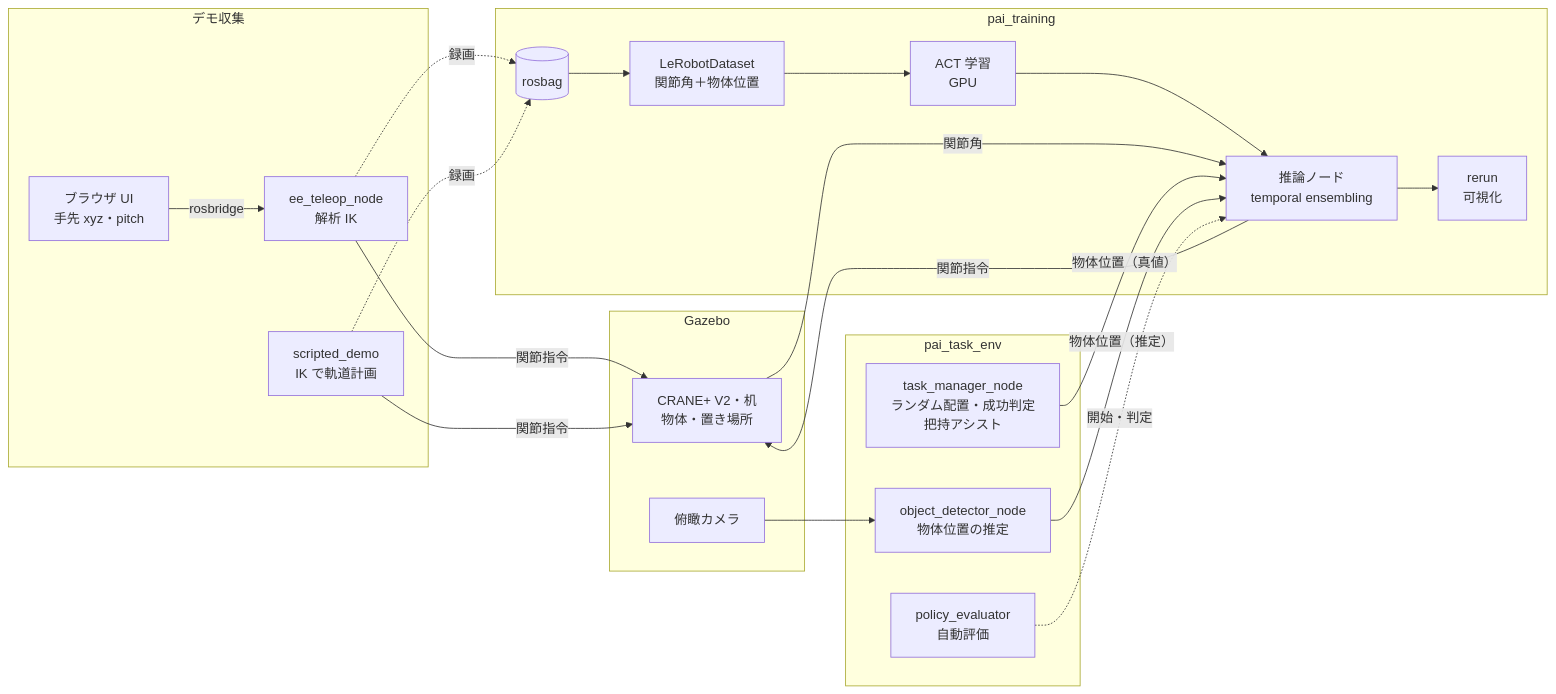
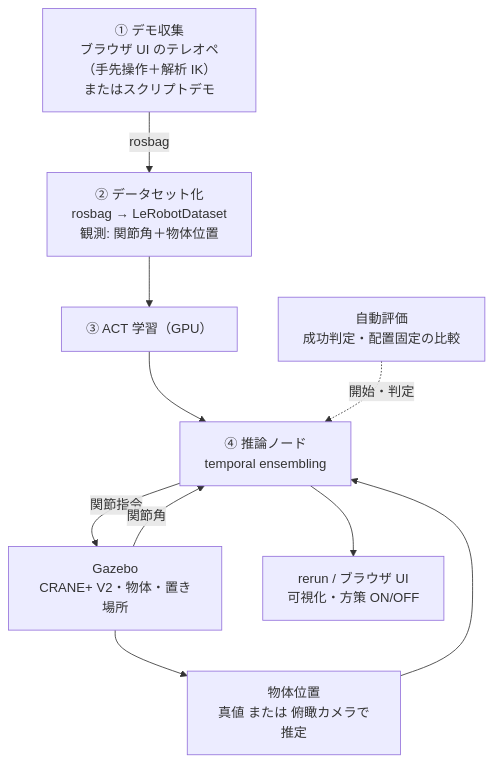
One commit to ryota0051/pai-final-task-pick-place changed the diagram in README.md. Above: the diagram before and after it, drawn with Mermaid.

Commit message:
README の構成図を縦向きの簡潔な図に変更

````diff
--- a/README.md
+++ b/README.md
@@ -30,30 +30,18 @@
 ```mermaid
-flowchart LR
-  subgraph collect["デモ収集"]
-    UI["ブラウザ UI<br>手先 xyz・pitch"] -- rosbridge --> TELEOP["ee_teleop_node<br>解析 IK"]
-    DEMO["scripted_demo<br>IK で軌道計画"]
-  end
-  subgraph sim["Gazebo"]
-    ROBOT["CRANE+ V2・机<br>物体・置き場所"]
-    CAM["俯瞰カメラ"]
-  end
-  subgraph task["pai_task_env"]
-    MGR["task_manager_node<br>ランダム配置・成功判定<br>把持アシスト"]
-    DET["object_detector_node<br>物体位置の推定"]
-    EVAL["policy_evaluator<br>自動評価"]
-  end
-  subgraph learn["pai_training"]
-    BAG[("rosbag")] --> CONV["LeRobotDataset<br>関節角＋物体位置"] --> TRAIN["ACT 学習<br>GPU"]
-    TRAIN --> INFER["推論ノード<br>temporal ensembling"]
-    INFER --> RERUN["rerun<br>可視化"]
-  end
-  TELEOP -- 関節指令 --> ROBOT
-  DEMO -- 関節指令 --> ROBOT
-  TELEOP -. 録画 .-> BAG
-  DEMO -. 録画 .-> BAG
-  ROBOT -- 関節角 --> INFER
-  MGR -- 物体位置（真値） --> INFER
-  CAM --> DET -- 物体位置（推定） --> INFER
-  INFER -- 関節指令 --> ROBOT
+flowchart TD
+  DEMO["① デモ収集<br>ブラウザ UI のテレオペ（手先操作＋解析 IK）<br>またはスクリプトデモ"]
+  DATA["② データセット化<br>rosbag → LeRobotDataset<br>観測: 関節角＋物体位置"]
+  TRAIN["③ ACT 学習（GPU）"]
+  INFER["④ 推論ノード<br>temporal ensembling"]
+  SIM["Gazebo<br>CRANE+ V2・物体・置き場所"]
+  OBJ["物体位置<br>真値 または 俯瞰カメラで推定"]
+  VIS["rerun / ブラウザ UI<br>可視化・方策 ON/OFF"]
+  EVAL["自動評価<br>成功判定・配置固定の比較"]
+
+  DEMO -- rosbag --> DATA --> TRAIN --> INFER
+  INFER -- 関節指令 --> SIM
+  SIM -- 関節角 --> INFER
+  SIM --> OBJ --> INFER
+  INFER --> VIS
   EVAL -. 開始・判定 .-> INFER
 ```
````
